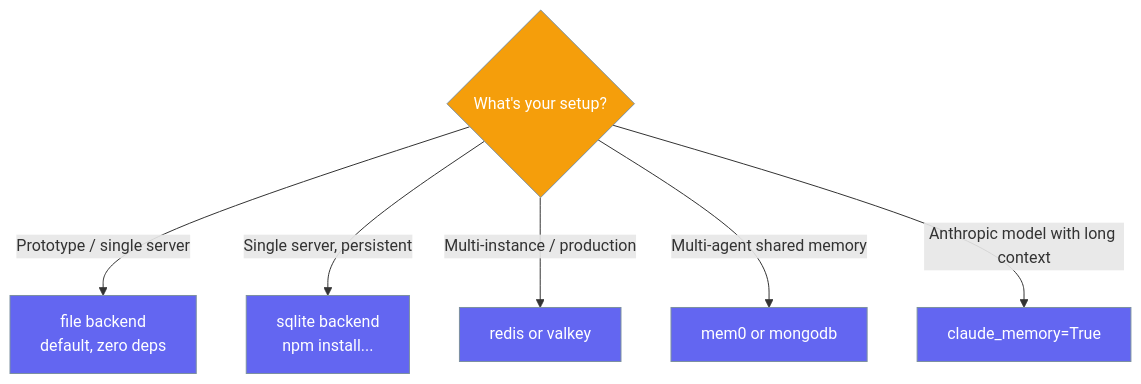
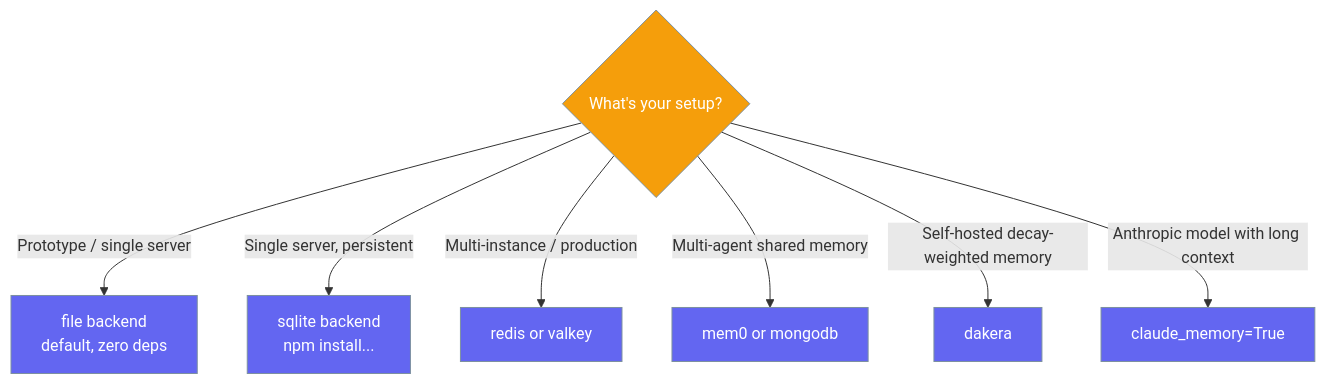
Before and after one commit to MervinPraison/PraisonAIDocs: the third of 3 diagrams in docs/features/memory.mdx, drawn with Mermaid. The commit also changed other lines of this file and 8 other files, not shown here.

````diff
--- a/docs/features/memory.mdx
+++ b/docs/features/memory.mdx
@@ -112,15 +112,16 @@
 ```mermaid
 graph TB
     Q{What's your setup?}
     Q -->|Prototype / single server| F[file backend\ndefault, zero deps]
     Q -->|Single server, persistent| S[sqlite backend\nnpm install...]
     Q -->|Multi-instance / production| R[redis or valkey]
     Q -->|Multi-agent shared memory| M[mem0 or mongodb]
+    Q -->|Self-hosted decay-weighted memory| D[dakera]
     Q -->|Anthropic model with long context| C[claude_memory=True]
 
     classDef decision fill:#F59E0B,stroke:#7C90A0,color:#fff
     classDef backend fill:#6366F1,stroke:#7C90A0,color:#fff
 
     class Q decision
-    class F,S,R,M,C backend
+    class F,S,R,M,D,C backend
 ```
````
